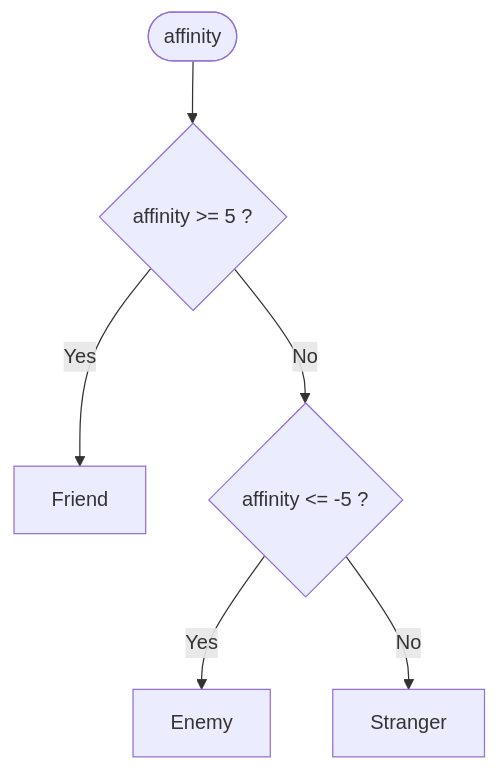
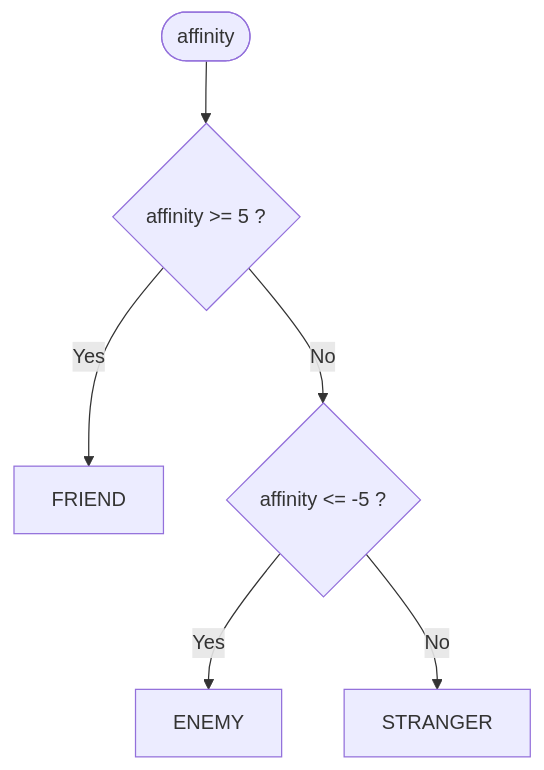
Before and after one commit to JoshuaOmosa/NeuroDialogue: the fourth of 5 diagrams in README.md, drawn with Mermaid. The commit also changed other lines of this file and 4 other files, not shown here.

````diff
--- a/README.md
+++ b/README.md
@@ -128,8 +114,8 @@
 ```mermaid
 flowchart TD
     Start(["affinity"]) --> Q1{"affinity >= 5 ?"}
-    Q1 -->|Yes| F["Friend"]
+    Q1 -->|Yes| F["FRIEND"]
     Q1 -->|No| Q2{"affinity <= -5 ?"}
-    Q2 -->|Yes| E["Enemy"]
-    Q2 -->|No| S["Stranger"]
+    Q2 -->|Yes| E["ENEMY"]
+    Q2 -->|No| S["STRANGER"]
 ```
````
